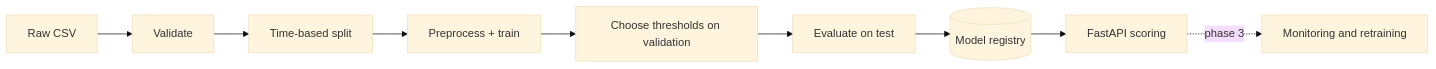
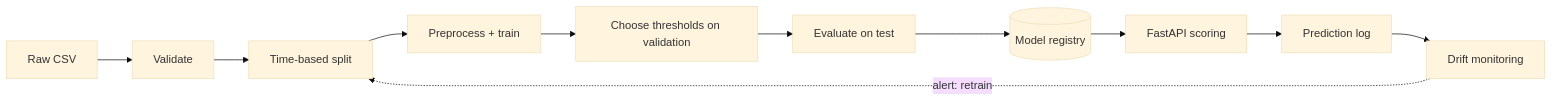
Before and after one commit to Ohm-Kel/credit-card-fraud-detection: the diagram in README.md, drawn with Mermaid (base theme). The commit also changed other lines of this file and 3 other files, not shown here.

````diff
--- a/README.md
+++ b/README.md
@@ -31,10 +32,12 @@
 ```mermaid
 flowchart LR
     A[Raw CSV] --> B[Validate] --> C[Time-based split]
     C --> D[Preprocess + train]
     D --> E[Choose thresholds on validation]
     E --> F[Evaluate on test]
     F --> G[(Model registry)]
     G --> H[FastAPI scoring]
-    H -. phase 3 .-> I[Monitoring and retraining]
+    H --> I[Prediction log]
+    I --> J[Drift monitoring]
+    J -. alert: retrain .-> C
 ```
````
